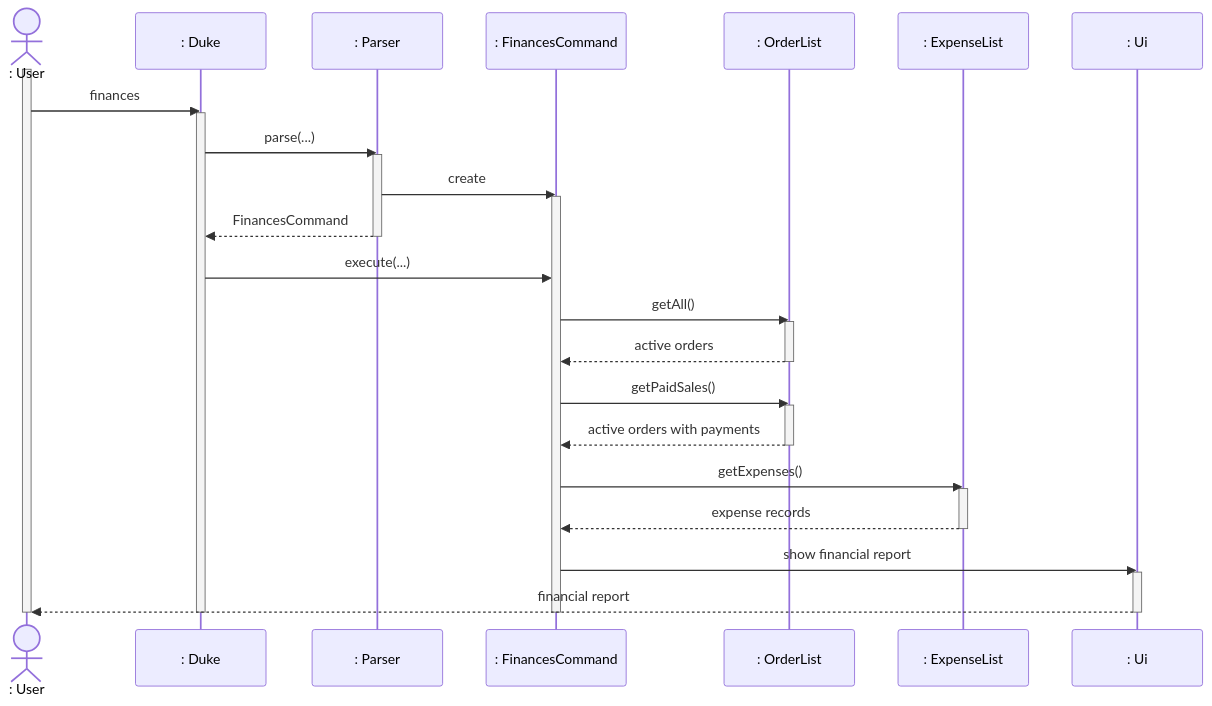
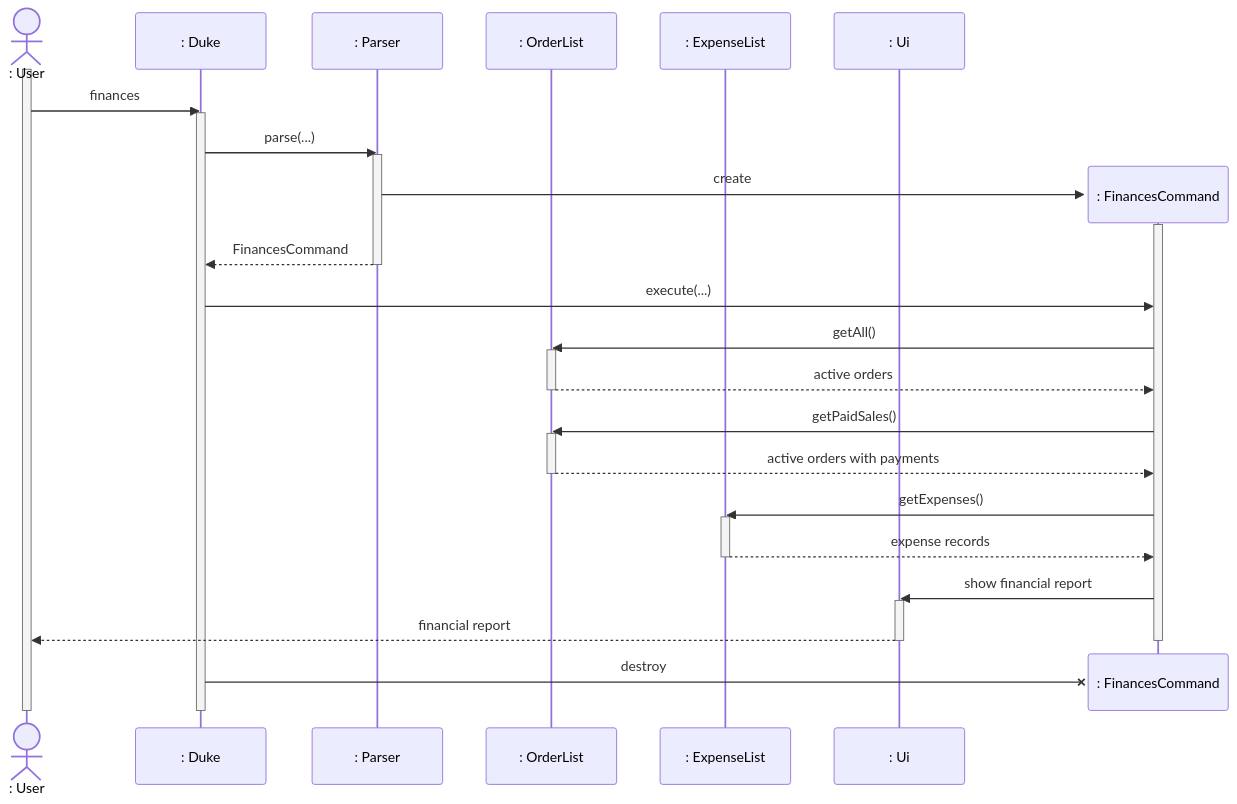
One commit to AY2627S1-CS2113-T11-1/tp changed the diagram in docs/diagrams/finances.mmd. Above: the diagram before and after it, drawn with Mermaid. The commit also changed 6 other files, not shown here.

Commit message:
docs: update money guidance and sequence diagrams

```diff
--- a/docs/diagrams/finances.mmd
+++ b/docs/diagrams/finances.mmd
@@ -1,39 +1,40 @@
 %%{init: {"themeVariables": {"fontSize": "20px"}}}%%
 sequenceDiagram
     actor User as : User
     participant D as : Duke
     participant P as : Parser
-    participant C as : FinancesCommand
     participant O as : OrderList
     participant E as : ExpenseList
     participant U as : Ui
     activate User
     User->>D: finances
     activate D
     D->>P: parse(...)
     activate P
+    create participant C as : FinancesCommand
     P->>C: create
     activate C
     P-->>D: FinancesCommand
     deactivate P
     D->>C: execute(...)
     C->>O: getAll()
     activate O
     O-->>C: active orders
     deactivate O
     C->>O: getPaidSales()
     activate O
     O-->>C: active orders with payments
     deactivate O
     C->>E: getExpenses()
     activate E
     E-->>C: expense records
     deactivate E
     C->>U: show financial report
     activate U
     U-->>User: financial report
     deactivate U
     deactivate C
     destroy C
+    D-xC: destroy
     deactivate D
     deactivate User
```
